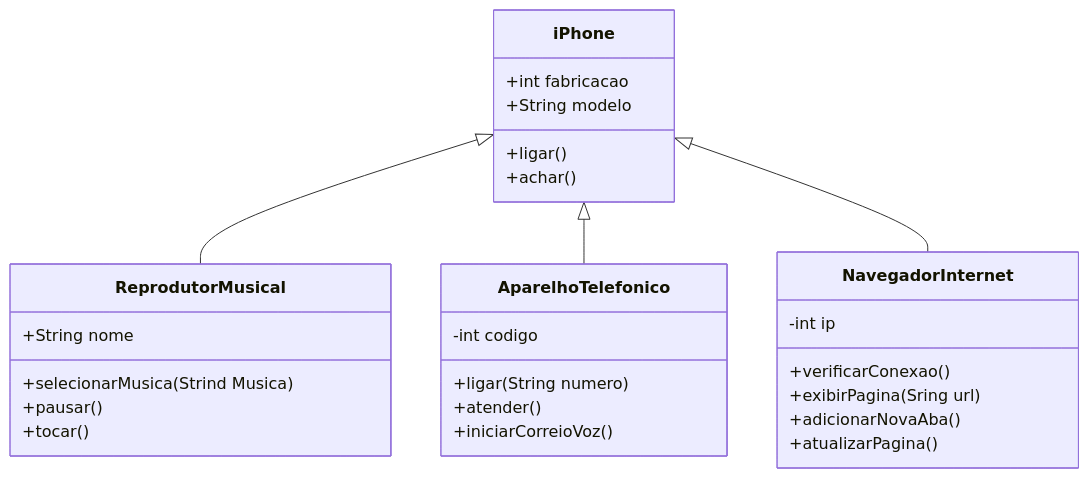
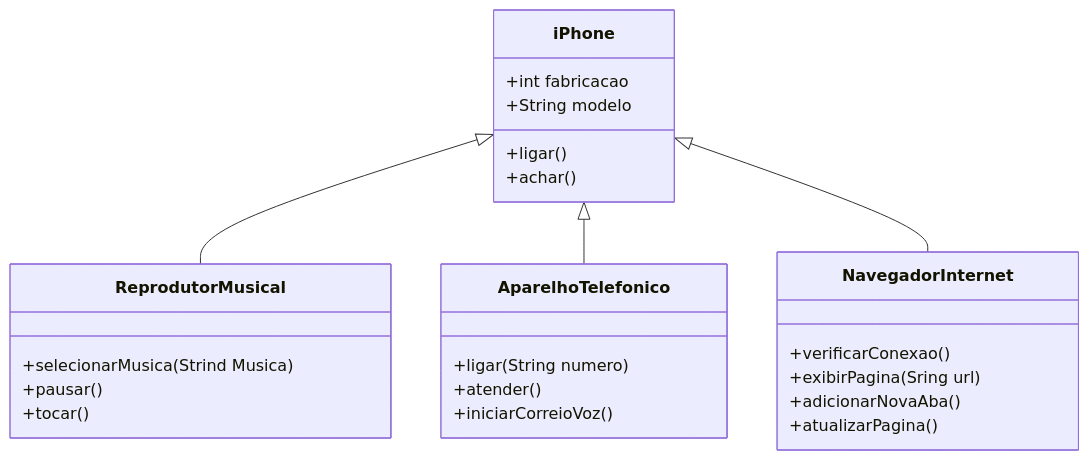
Before and after one commit to talitaparcerao/trilha-java-basico: the diagram in desafios/poo/desafioUML.md, drawn with Mermaid.

````diff
--- a/desafios/poo/desafioUML.md
+++ b/desafios/poo/desafioUML.md
@@ -25,29 +25,26 @@
 ```mermaid
 classDiagram
     iPhone <|-- ReprodutorMusical
     iPhone <|-- AparelhoTelefonico
     iPhone <|-- NavegadorInternet
     iPhone : +int fabricacao
     iPhone : +String modelo
     iPhone: +ligar()
     iPhone: +achar()
     class ReprodutorMusical{
-      +String nome
       +selecionarMusica(Strind Musica)
       +pausar()
       +tocar()
     }
     class AparelhoTelefonico{
-      -int codigo
       +ligar(String numero)
       +atender()
       +iniciarCorreioVoz()
     }
     class NavegadorInternet{
-      -int ip 
       +verificarConexao()
       +exibirPagina(Sring url)
       +adicionarNovaAba()
       +atualizarPagina()
     }
 ```
````
